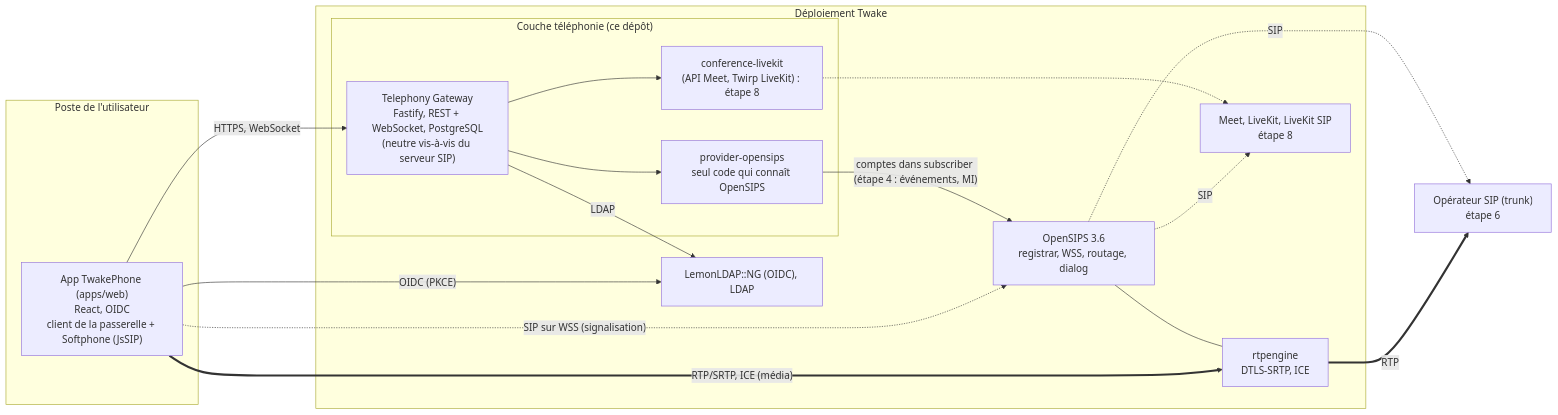
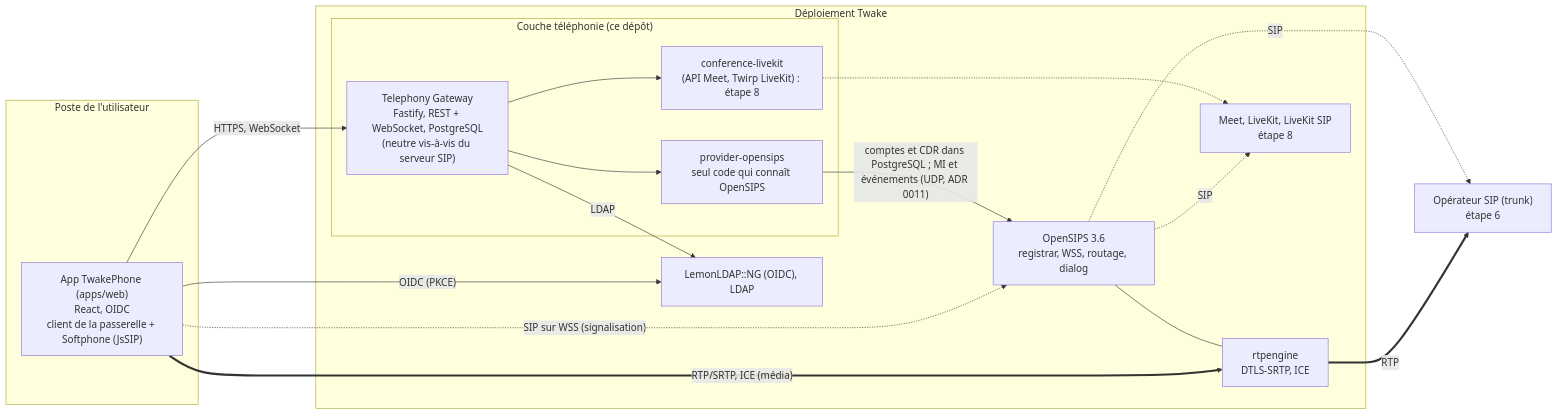
Before and after one commit to linagora/twake-phone: the first of 4 diagrams in docs/ARCHITECTURE.md, drawn with Mermaid. The commit also changed other lines of this file and 36 other files, not shown here.

````diff
--- a/docs/ARCHITECTURE.md
+++ b/docs/ARCHITECTURE.md
@@ -7,35 +7,35 @@
 ```mermaid
 flowchart LR
   subgraph Browser["Poste de l'utilisateur"]
     Phone["App TwakePhone (apps/web)<br/>React, OIDC<br/>client de la passerelle + Softphone (JsSIP)"]
   end
 
   subgraph TWAKE["Déploiement Twake"]
     SSO["LemonLDAP::NG (OIDC), LDAP"]
     subgraph Tel["Couche téléphonie (ce dépôt)"]
       GW["Telephony Gateway<br/>Fastify, REST + WebSocket, PostgreSQL<br/>(neutre vis-à-vis du serveur SIP)"]
       Prov["provider-opensips<br/>seul code qui connaît OpenSIPS"]
       Conf["conference-livekit<br/>(API Meet, Twirp LiveKit) : étape 8"]
     end
     OS["OpenSIPS 3.6<br/>registrar, WSS, routage, dialog"]
     RTP["rtpengine<br/>DTLS-SRTP, ICE"]
     Meet["Meet, LiveKit, LiveKit SIP<br/>étape 8"]
   end
 
   Trunk["Opérateur SIP (trunk)<br/>étape 6"]
 
   Phone -- "OIDC (PKCE)" --> SSO
   Phone -- "HTTPS, WebSocket" --> GW
   GW -- "LDAP" --> SSO
   GW --> Prov
   GW --> Conf
-  Prov -- "comptes dans subscriber (étape 4 : événements, MI)" --> OS
+  Prov -- "comptes et CDR dans PostgreSQL ; MI et événements (UDP, ADR 0011)" --> OS
   Conf -.-> Meet
   OS --- RTP
   OS -. "SIP" .-> Trunk
   OS -. "SIP" .-> Meet
 
   Phone -. "SIP sur WSS (signalisation)" .-> OS
   Phone == "RTP/SRTP, ICE (média)" ==> RTP
   RTP == "RTP" ==> Trunk
 ```
````
